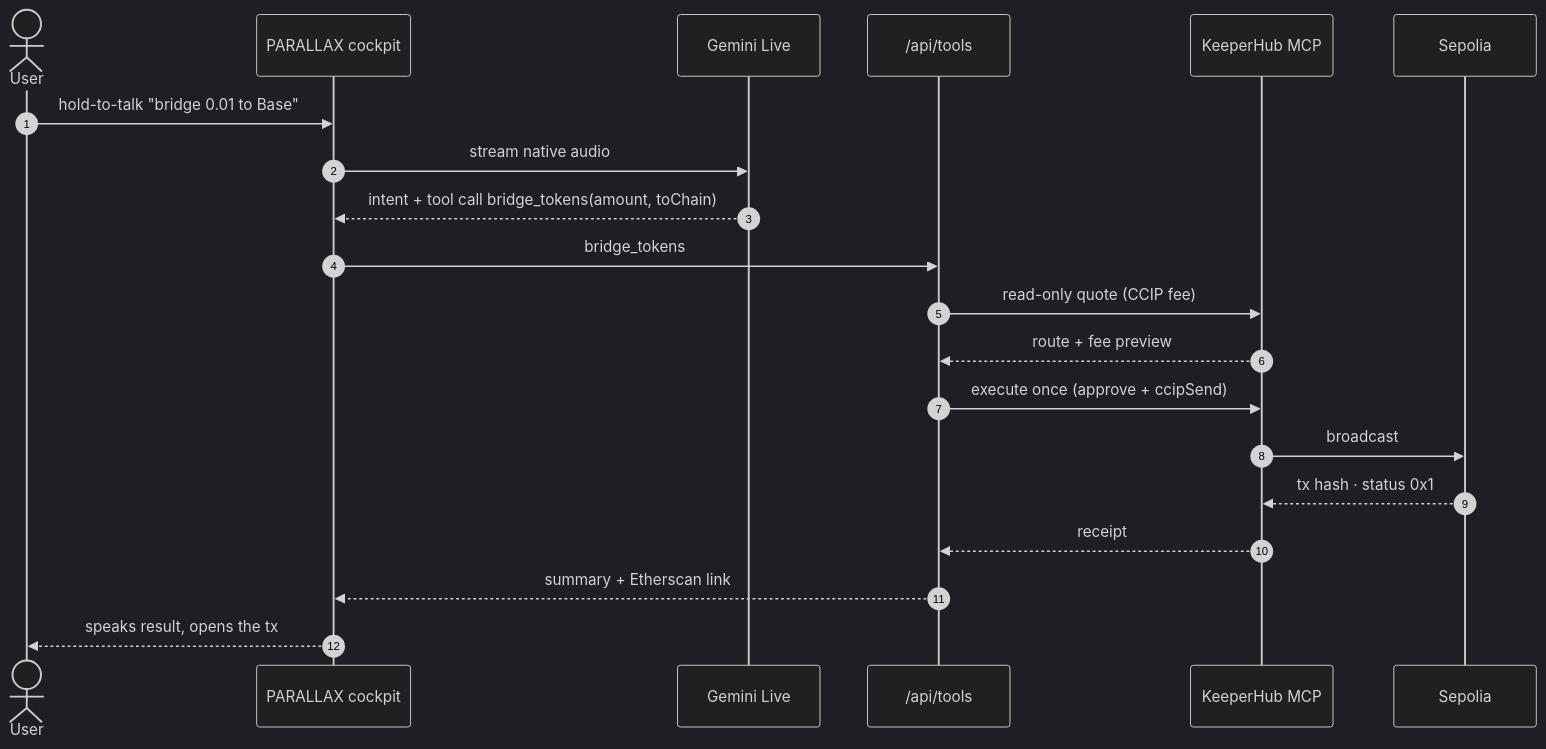
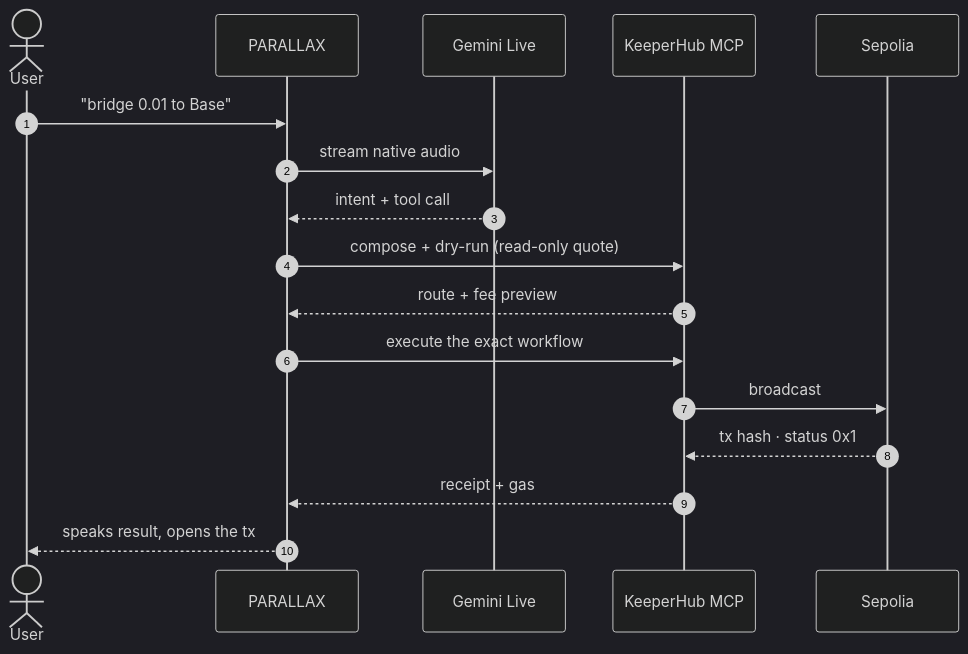
Before and after one commit to chrsnikhil/parallax: the second of 2 diagrams in README.md, drawn with Mermaid (dark theme). The commit also changed other lines of this file and 1 other file, not shown here.

````diff
--- a/README.md
+++ b/README.md
@@ -111,23 +124,19 @@
 ```mermaid
 sequenceDiagram
     autonumber
     actor User
-    participant Cockpit as PARALLAX cockpit
+    participant Cockpit as PARALLAX
     participant Gemini as Gemini Live
-    participant API as /api/tools
     participant KH as KeeperHub MCP
     participant Chain as Sepolia
-
-    User->>Cockpit: hold-to-talk "bridge 0.01 to Base"
+    User->>Cockpit: "bridge 0.01 to Base"
     Cockpit->>Gemini: stream native audio
-    Gemini-->>Cockpit: intent + tool call bridge_tokens(amount, toChain)
-    Cockpit->>API: bridge_tokens
-    API->>KH: read-only quote (CCIP fee)
-    KH-->>API: route + fee preview
-    API->>KH: execute once (approve + ccipSend)
+    Gemini-->>Cockpit: intent + tool call
+    Cockpit->>KH: compose + dry-run (read-only quote)
+    KH-->>Cockpit: route + fee preview
+    Cockpit->>KH: execute the exact workflow
     KH->>Chain: broadcast
     Chain-->>KH: tx hash · status 0x1
-    KH-->>API: receipt
-    API-->>Cockpit: summary + Etherscan link
+    KH-->>Cockpit: receipt + gas
     Cockpit-->>User: speaks result, opens the tx
 ```
````
